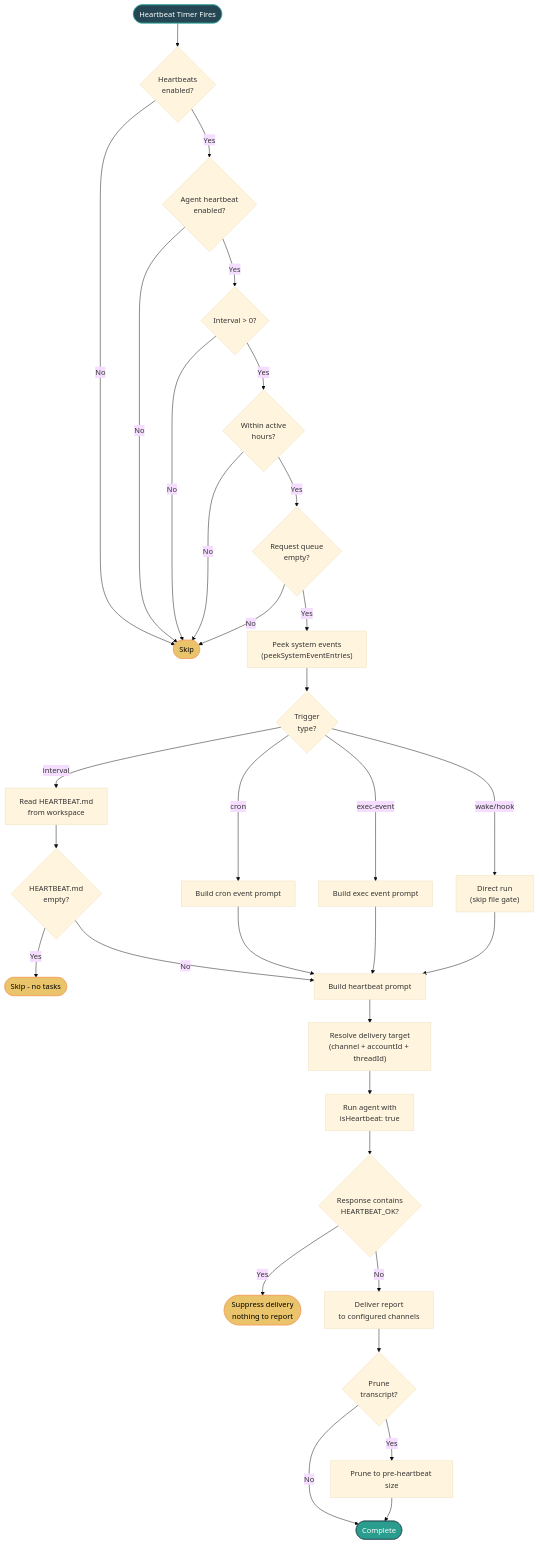
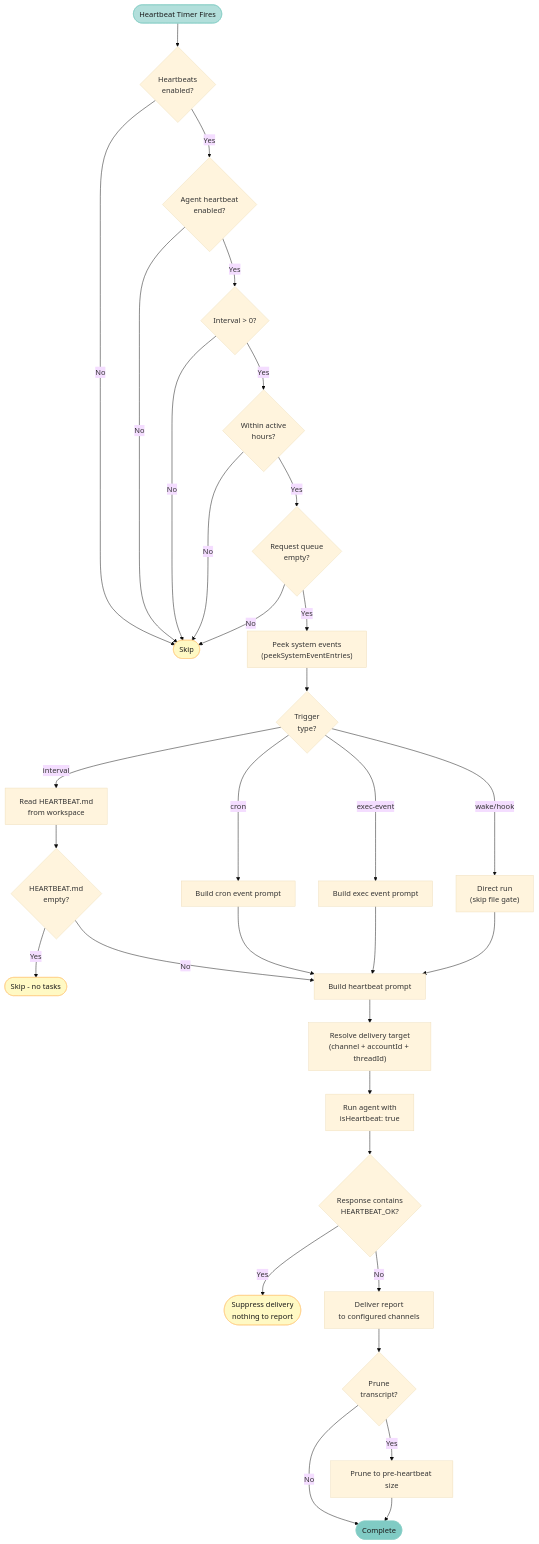
Before and after one commit to lordaouy/openclaw: diagram 28 of 44 in docs/reference/technical-architecture-report.md, drawn with Mermaid (base theme). The commit also changed other lines of this file, not shown here.

First line of the commit message:
docs: replace dark Mermaid diagram colors with light readable palette

````diff
--- a/docs/reference/technical-architecture-report.md
+++ b/docs/reference/technical-architecture-report.md
@@ -1626,44 +1626,44 @@
 ```mermaid
 flowchart TD
     Start([Heartbeat Timer Fires]) --> EnableCheck{"Heartbeats\nenabled?"}
     EnableCheck -->|No| Skip([Skip])
     EnableCheck -->|Yes| AgentCheck{"Agent heartbeat\nenabled?"}
     AgentCheck -->|No| Skip
     AgentCheck -->|Yes| IntervalCheck{"Interval > 0?"}
     IntervalCheck -->|No| Skip
     IntervalCheck -->|Yes| ActiveHours{"Within active\nhours?"}
     ActiveHours -->|No| Skip
     ActiveHours -->|Yes| QueueCheck{"Request queue\nempty?"}
     QueueCheck -->|No| Skip
     QueueCheck -->|Yes| EventPeek["Peek system events\n(peekSystemEventEntries)"]
     
     EventPeek --> TriggerType{"Trigger\ntype?"}
     
     TriggerType -->|interval| ReadFile["Read HEARTBEAT.md\nfrom workspace"]
     TriggerType -->|cron| BuildCron["Build cron event prompt"]
     TriggerType -->|exec-event| BuildExec["Build exec event prompt"]
     TriggerType -->|wake/hook| DirectRun["Direct run\n(skip file gate)"]
     
     ReadFile --> FileEmpty{"HEARTBEAT.md\nempty?"}
     FileEmpty -->|Yes| SkipEmpty([Skip - no tasks])
     FileEmpty -->|No| BuildPrompt["Build heartbeat prompt"]
     
     BuildCron & BuildExec & DirectRun --> BuildPrompt
     
     BuildPrompt --> ResolveTarget["Resolve delivery target\n(channel + accountId + threadId)"]
     ResolveTarget --> RunAgent["Run agent with\nisHeartbeat: true"]
     RunAgent --> CheckResponse{"Response contains\nHEARTBEAT_OK?"}
     
     CheckResponse -->|Yes| Suppress([Suppress delivery\nnothing to report])
     CheckResponse -->|No| Deliver["Deliver report\nto configured channels"]
     Deliver --> PruneCheck{"Prune\ntranscript?"}
     PruneCheck -->|Yes| Prune["Prune to pre-heartbeat size"]
     PruneCheck -->|No| Done([Complete])
     Prune --> Done
 
-    style Start fill:#264653,stroke:#2a9d8f,color:white
-    style Done fill:#2a9d8f,stroke:#264653,color:white
-    style Skip fill:#e9c46a,stroke:#f4a261,color:black
-    style SkipEmpty fill:#e9c46a,stroke:#f4a261,color:black
-    style Suppress fill:#e9c46a,stroke:#f4a261,color:black
+    style Start fill:#b2dfdb,stroke:#80cbc4,color:#1a1a1a
+    style Done fill:#80cbc4,stroke:#80cbc4,color:#1a1a1a
+    style Skip fill:#fff9c4,stroke:#ffcc80,color:#1a1a1a
+    style SkipEmpty fill:#fff9c4,stroke:#ffcc80,color:#1a1a1a
+    style Suppress fill:#fff9c4,stroke:#ffcc80,color:#1a1a1a
 ```
````
